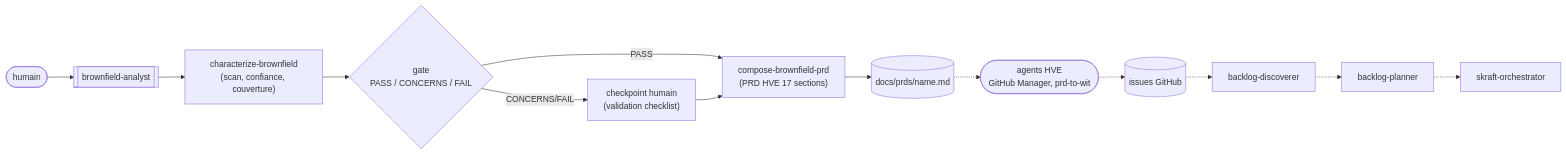
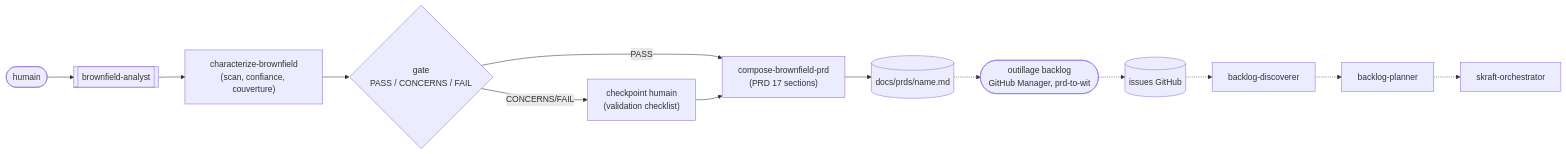
The first of 3 diagrams in docs/site/fr/explanation/brownfield.md (SebastienDegodez/skraft-plugin), drawn with Mermaid before and after one commit. The commit also changed other lines of this file and 27 other files, not shown here.

````diff
--- a/docs/site/fr/explanation/brownfield.md
+++ b/docs/site/fr/explanation/brownfield.md
@@ -51,15 +51,15 @@
 ```mermaid
 flowchart LR
     H(["humain"]) --> BA[["brownfield-analyst"]]
     BA --> CB["characterize-brownfield<br/>(scan, confiance, couverture)"]
     CB --> G{"gate<br/>PASS / CONCERNS / FAIL"}
     G -->|CONCERNS/FAIL| CHK["checkpoint humain<br/>(validation checklist)"]
-    G -->|PASS| CP["compose-brownfield-prd<br/>(PRD HVE 17 sections)"]
+    G -->|PASS| CP["compose-brownfield-prd<br/>(PRD 17 sections)"]
     CHK --> CP
     CP --> PRD[("docs/prds/name.md")]
-    PRD -.-> HVE(["agents HVE<br/>GitHub Manager, prd-to-wit"])
-    HVE -.-> ISSUES[("issues GitHub")]
+    PRD -.-> BLT(["outillage backlog<br/>GitHub Manager, prd-to-wit"])
+    BLT -.-> ISSUES[("issues GitHub")]
     ISSUES -.-> BD["backlog-discoverer"]
     BD -.-> BP["backlog-planner"]
     BP -.-> ORCH["skraft-orchestrator"]
 ```
````
